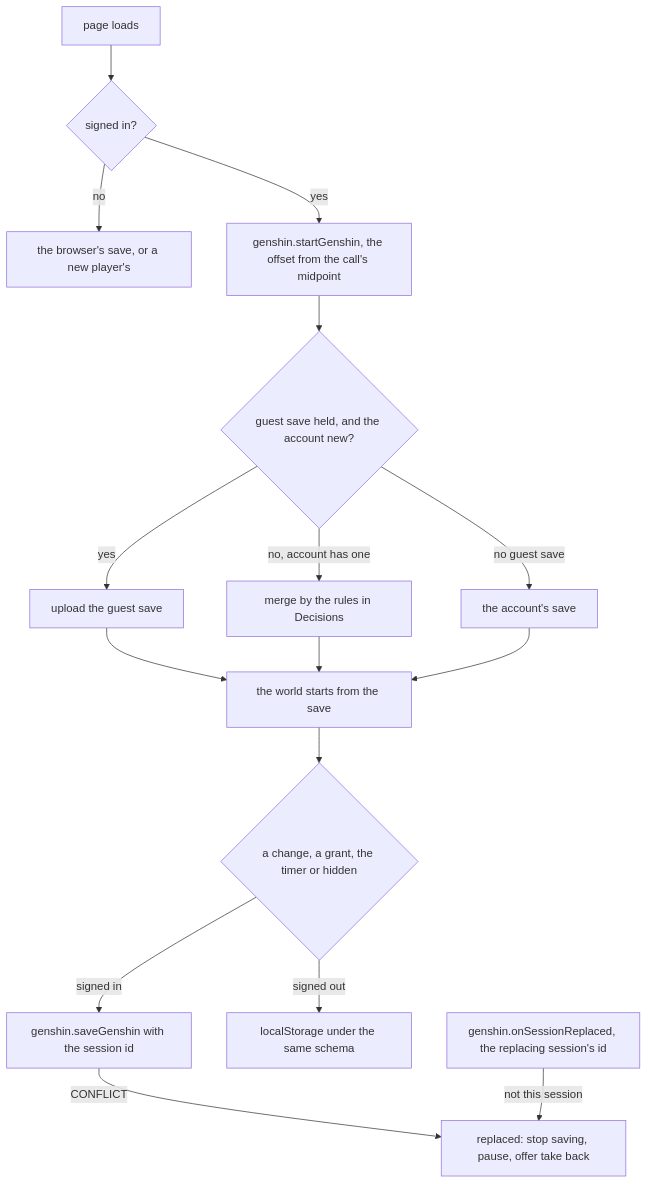
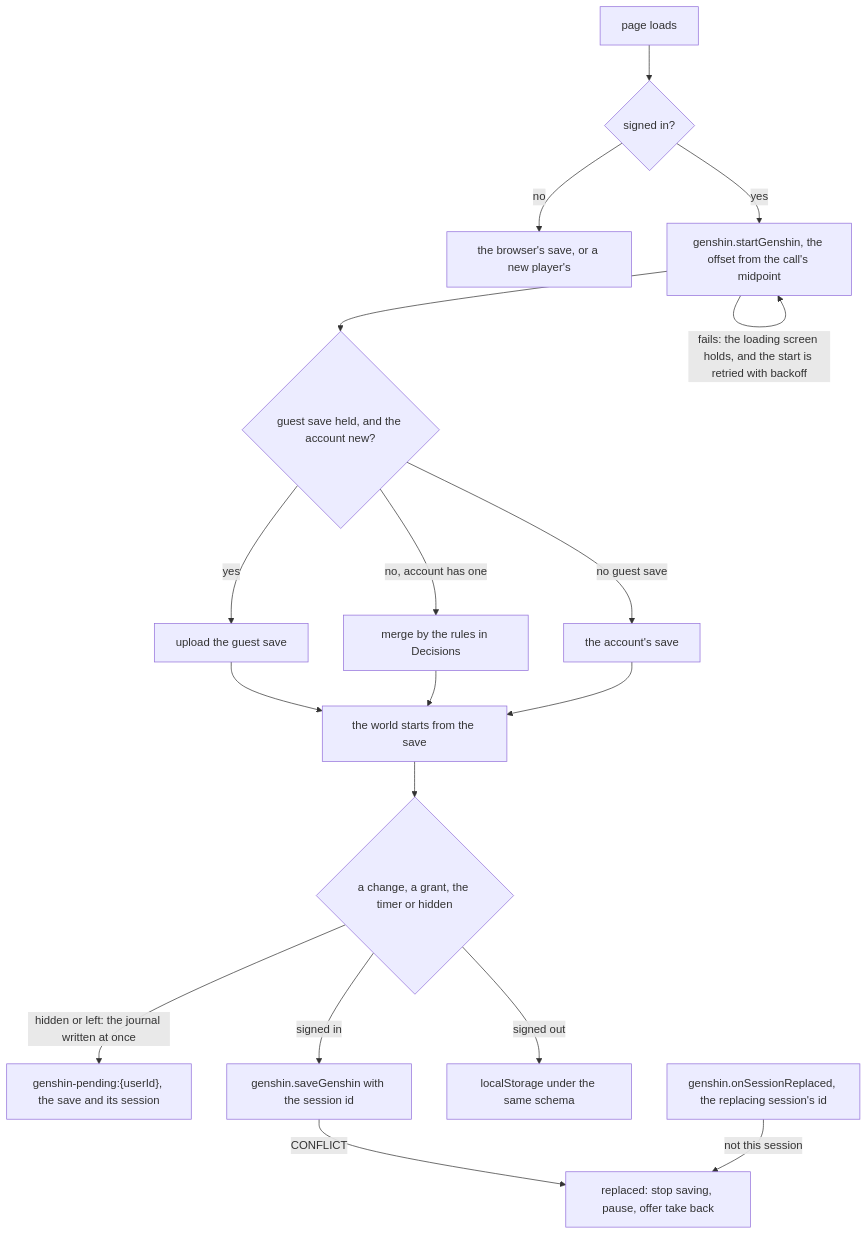
One commit to Esposter/Esposter changed the second of 3 diagrams in apps/web/content/docs/genshin/save-data.md. Above: the diagram before and after it, drawn with Mermaid. The commit also changed other lines of this file and 10 other files, not shown here.

First line of the commit message:
feat(web): a signed-in Genshin start that fails holds the page on a loading screen and retries it with backoff, never playing the browser's copy, and the save not yet acknowledged is kept in a per-account journal that the next start adopts when it replaced the session that wrote it

````diff
--- a/apps/web/content/docs/genshin/save-data.md
+++ b/apps/web/content/docs/genshin/save-data.md
@@ -35,18 +35,20 @@
 ```mermaid
 flowchart TD
   L["page loads"] --> S{"signed in?"}
   S -->|"no"| G["the browser's save, or a new player's"]
   S -->|"yes"| ST["genshin.startGenshin, the offset from the call's midpoint"]
+  ST -->|"fails: the loading screen holds, and the start is retried with backoff"| ST
   ST --> M{"guest save held, and the account new?"}
   M -->|"yes"| U["upload the guest save"]
   M -->|"no, account has one"| MG["merge by the rules in Decisions"]
   M -->|"no guest save"| A["the account's save"]
   U --> W["the world starts from the save"]
   MG --> W
   A --> W
   W --> C{"a change, a grant, the timer or hidden"}
+  C -->|"hidden or left: the journal written at once"| J["genshin-pending:{userId}, the save and its session"]
   C -->|"signed in"| SV["genshin.saveGenshin with the session id"]
   C -->|"signed out"| LS["localStorage under the same schema"]
   SV -->|"CONFLICT"| R["replaced: stop saving, pause, offer take back"]
   RP["genshin.onSessionReplaced, the replacing session's id"] -->|"not this session"| R
 ```
````
